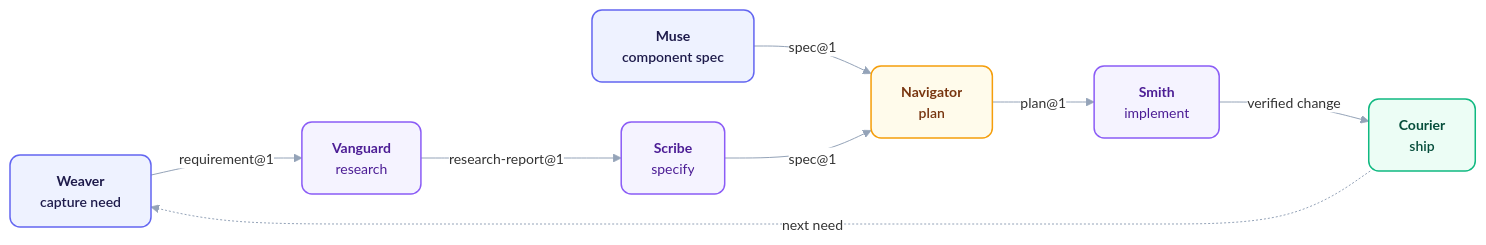
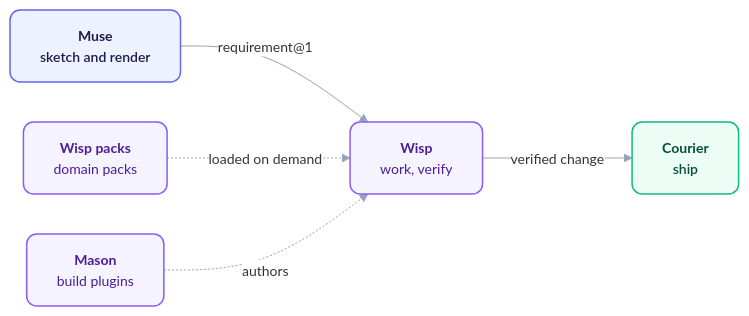
One commit to orin-dx/wisp-plugins changed the diagram in README.md. Above: the diagram before and after it, drawn with Mermaid. The commit also changed other lines of this file and 385 other files, not shown here.

First line of the commit message:
feat!: remove eight plugins, trim muse and courier for v5

````diff
--- a/README.md
+++ b/README.md
@@ -30,21 +28,16 @@
 ```mermaid
 %%{init: {'theme': 'base', 'flowchart': {'curve': 'basis', 'nodeSpacing': 40, 'rankSpacing': 56}, 'themeVariables': {'fontFamily': 'Inter, ui-sans-serif, system-ui, sans-serif', 'fontSize': '14px', 'lineColor': '#94a3b8', 'edgeLabelBackground': '#ffffff'}}}%%
 flowchart LR
     classDef source fill:#eef2ff,stroke:#6366f1,stroke-width:1.5px,color:#1e1b4b,rx:10px,ry:10px,font-weight:600;
     classDef engine fill:#f5f3ff,stroke:#8b5cf6,stroke-width:1.5px,color:#4c1d95,rx:10px,ry:10px;
-    classDef router fill:#fffbeb,stroke:#f59e0b,stroke-width:1.5px,color:#78350f,rx:10px,ry:10px,font-weight:600;
     classDef output fill:#ecfdf5,stroke:#10b981,stroke-width:1.5px,color:#064e3b,rx:10px,ry:10px,font-weight:600;
 
-    we["<b>Weaver</b><br/>capture need"] -->|"requirement@1"| va["<b>Vanguard</b><br/>research"]
-    va -->|"research-report@1"| sc["<b>Scribe</b><br/>specify"]
-    mu["<b>Muse</b><br/>component spec"] -->|"spec@1"| na["<b>Navigator</b><br/>plan"]
-    sc -->|"spec@1"| na
-    na -->|"plan@1"| sm["<b>Smith</b><br/>implement"]
-    sm -->|"verified change"| co["<b>Courier</b><br/>ship"]
-    co -.->|"next need"| we
+    mu["<b>Muse</b><br/>sketch and render"] -->|"requirement@1"| wi["<b>Wisp</b><br/>work, verify"]
+    wi -->|"verified change"| co["<b>Courier</b><br/>ship"]
+    pk["<b>Wisp packs</b><br/>domain packs"] -.->|"loaded on demand"| wi
+    ma["<b>Mason</b><br/>build plugins"] -.->|"authors"| wi
 
-    class we,mu source
-    class va,sc,sm engine
-    class na router
+    class mu source
+    class wi,pk,ma engine
     class co output
 ```
````
